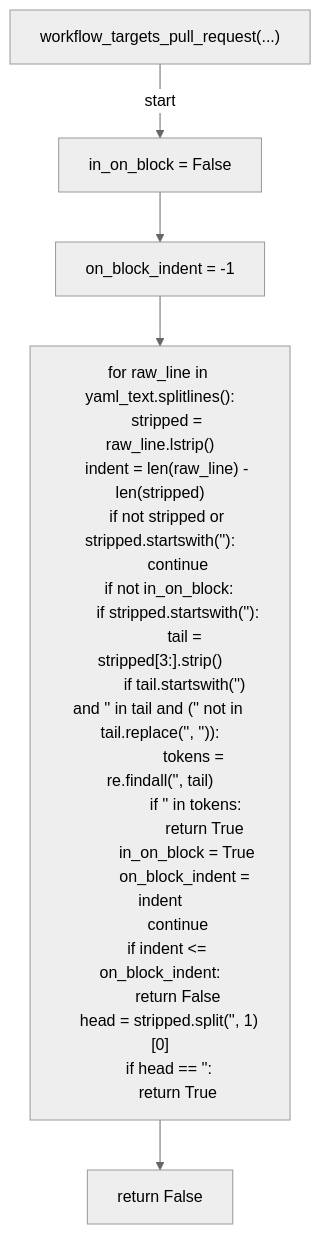
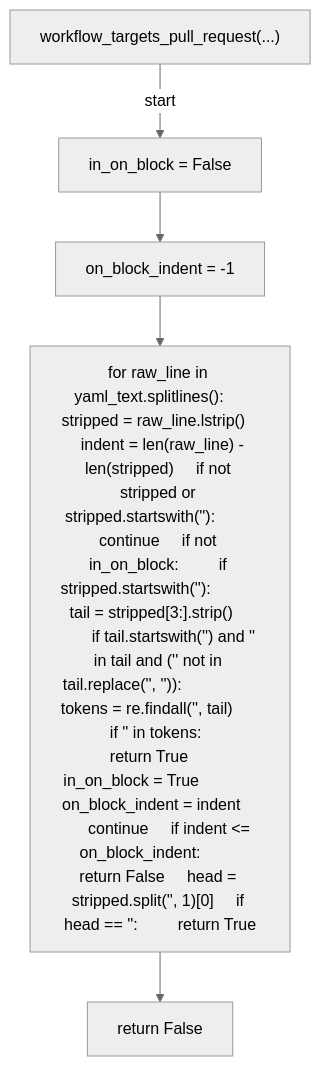
Before and after one commit to tvna/claude-md: the first of 7 diagrams in docs/generated/scripts/ast/scan_preflight_drift.md, drawn with Mermaid (neutral theme). The commit also changed other lines of this file and 23 other files, not shown here.

First line of the commit message:
docs(generated): regenerate decision tree and workflow diagrams (batch 4/5)

````diff
--- a/docs/generated/scripts/ast/scan_preflight_drift.md
+++ b/docs/generated/scripts/ast/scan_preflight_drift.md
@@ -7,31 +7,12 @@
 ```mermaid
 flowchart TD
     N001["workflow_targets_pull_request(...)"]
     N002["in_on_block = False"]
     N003["on_block_indent = -1"]
-    N004["for raw_line in yaml_text.splitlines():
-    stripped = raw_line.lstrip()
-    indent = len(raw_line) - len(stripped)
-    if not stripped or stripped.startswith('<str>'):
-        continue
-    if not in_on_block:
-        if stripped.startswith('<str>'):
-            tail = stripped[3:].strip()
-            if tail.startswith('<str>') and '<str>' in tail and ('<str>' not in tail.replace('<str>', '<str>')):
-                tokens = re.findall('<str>', tail)
-                if '<str>' in tokens:
-                    return True
-            in_on_block = True
-            on_block_indent = indent
-        continue
-    if indent <= on_block_indent:
-        return False
-    head = stripped.split('<str>', 1)[0]
-    if head == '<str>':
-        return True"]
+    N004["for raw_line in yaml_text.splitlines():     stripped = raw_line.lstrip()     indent = len(raw_line) - len(stripped)     if not stripped or stripped.startswith('<str>'):         continue     if not in_on_block:         if stripped.startswith('<str>'):             tail = stripped[3:].strip()             if tail.startswith('<str>') and '<str>' in tail and ('<str>' not in tail.replace('<str>', '<str>')):                 tokens = re.findall('<str>', tail)                 if '<str>' in tokens:                     return True             in_on_block = True             on_block_indent = indent         continue     if indent <= on_block_indent:         return False     head = stripped.split('<str>', 1)[0]     if head == '<str>':         return True"]
     N005["return False"]
     N001 -->|"start"| N002
     N002 --> N003
     N003 --> N004
     N004 --> N005
 ```
````
